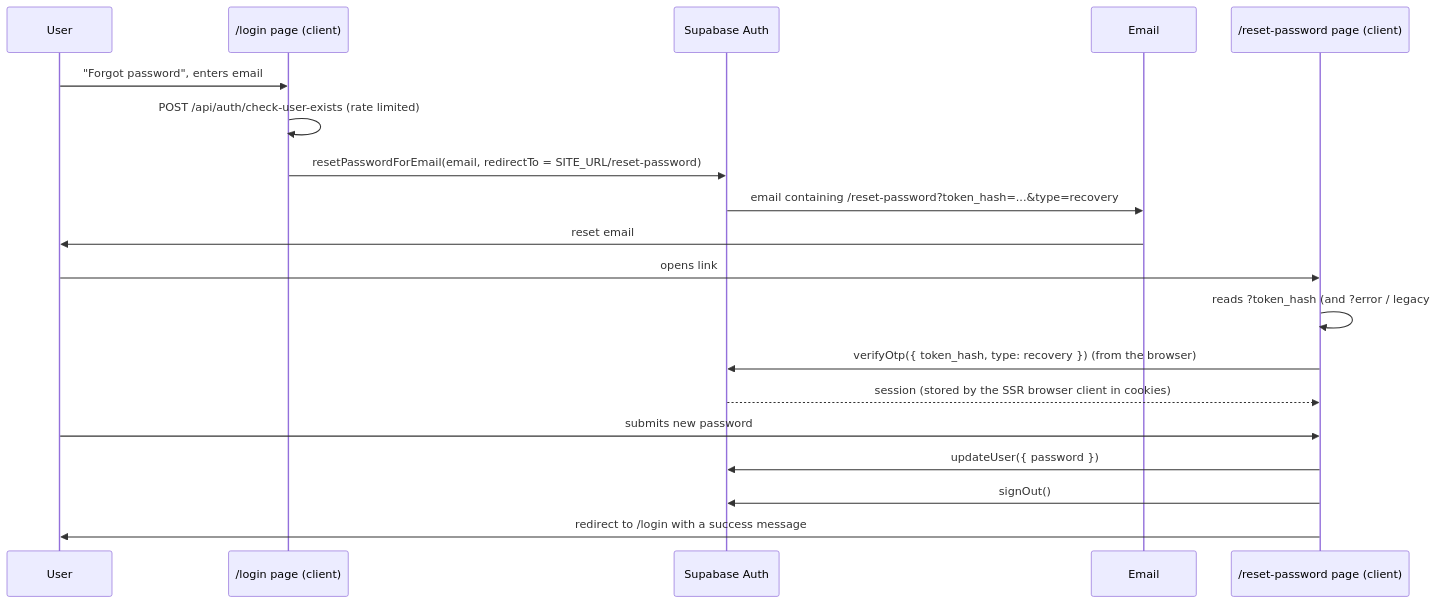
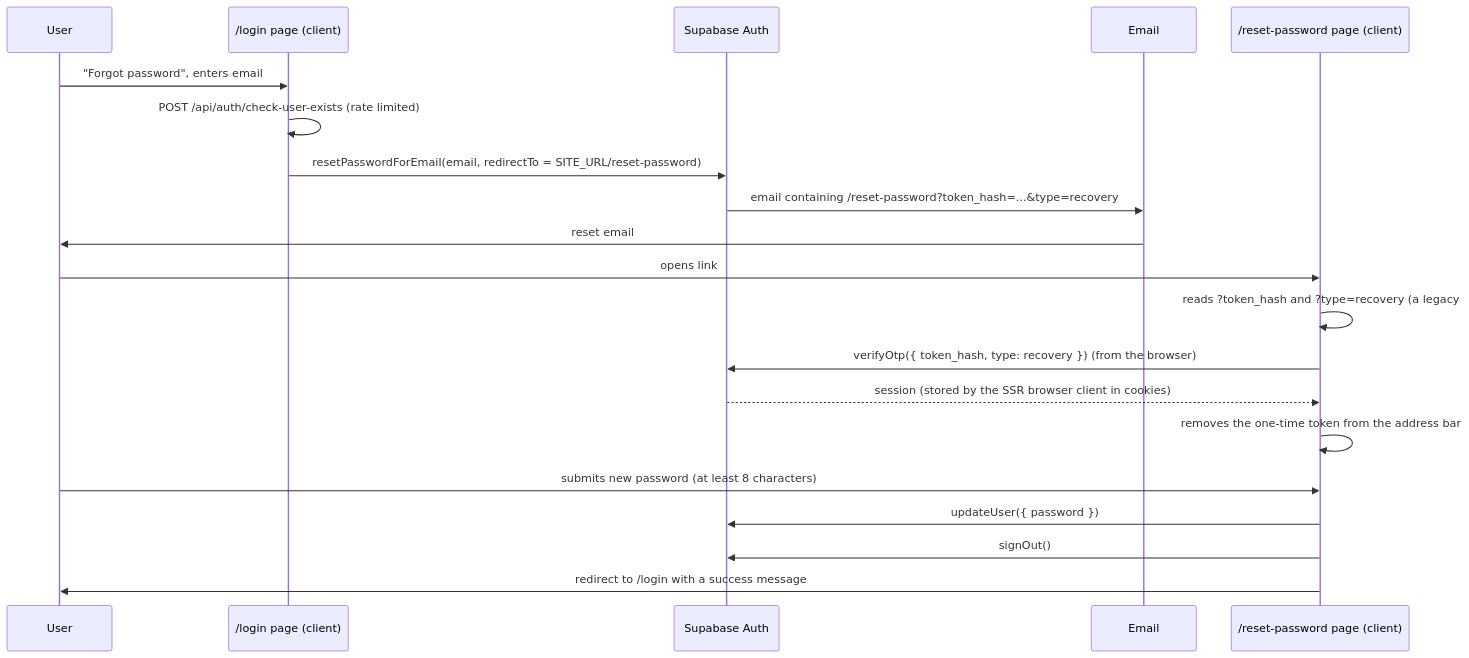
One commit to Ujjwaljain16/CampusSync changed the diagram in my-app/docs/Password-reset.md. Above: the diagram before and after it, drawn with Mermaid. The commit also changed other lines of this file and 13 other files, not shown here.

````diff
--- a/my-app/docs/Password-reset.md
+++ b/my-app/docs/Password-reset.md
@@ -19,22 +19,23 @@
 ```mermaid
 sequenceDiagram
     participant U as User
     participant L as /login page (client)
     participant S as Supabase Auth
     participant M as Email
     participant R as /reset-password page (client)
 
     U->>L: "Forgot password", enters email
     L->>L: POST /api/auth/check-user-exists (rate limited)
     L->>S: resetPasswordForEmail(email, redirectTo = SITE_URL/reset-password)
     S->>M: email containing /reset-password?token_hash=...&type=recovery
     M->>U: reset email
     U->>R: opens link
-    R->>R: reads ?token_hash (and ?error / legacy #access_token)
+    R->>R: reads ?token_hash and ?type=recovery (a legacy #access_token link is rejected)
     R->>S: verifyOtp({ token_hash, type: recovery })  (from the browser)
     S-->>R: session (stored by the SSR browser client in cookies)
-    U->>R: submits new password
+    R->>R: removes the one-time token from the address bar
+    U->>R: submits new password (at least 8 characters)
     R->>S: updateUser({ password })
     R->>S: signOut()
     R->>U: redirect to /login with a success message
 ```
````
